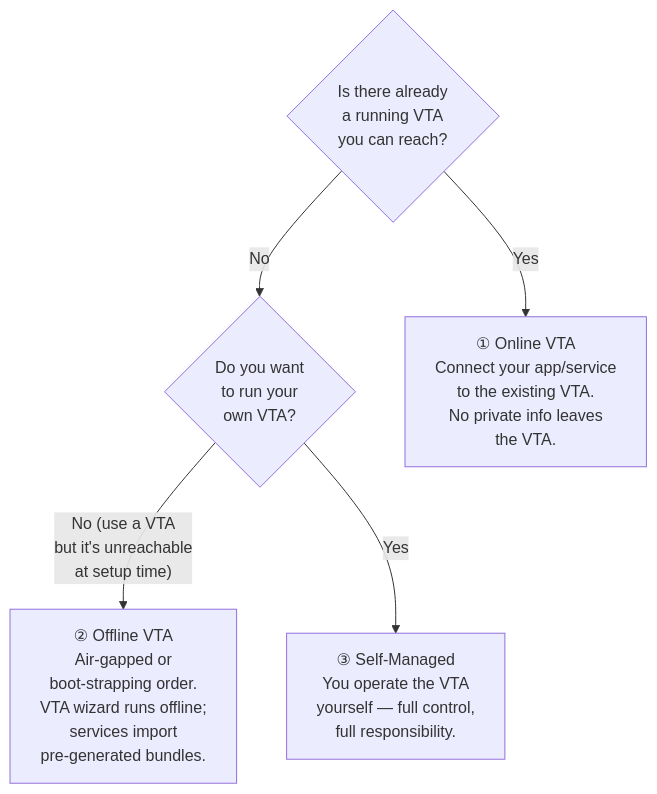
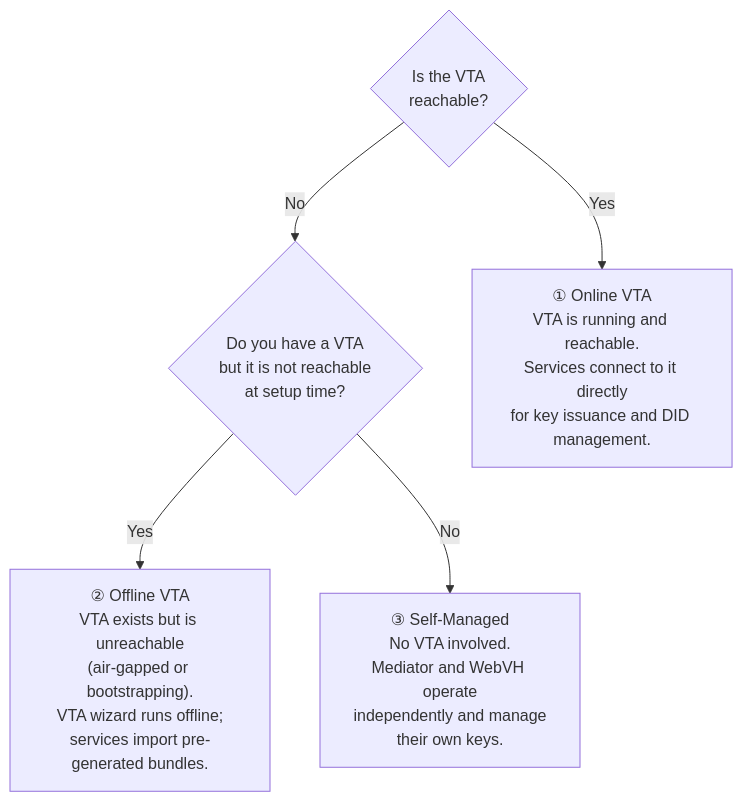
One commit to OpenVTC/vti-setup changed the third of 3 diagrams in README.md. Above: the diagram before and after it, drawn with Mermaid. The commit also changed other lines of this file, not shown here.

Commit message:
docs(README): correct Setup Type definitions and decision flowchart
Clarify that Online/Offline VTA differ by VTA reachability, and that
Self-Managed means Mediator and WebVH run independently without a VTA.

````diff
--- a/README.md
+++ b/README.md
@@ -75,13 +75,13 @@
 ```mermaid
 flowchart TD
-    Q1{"Is there already\na running VTA\nyou can reach?"}
-    Q2{"Do you want\nto run your\nown VTA?"}
-    ONLINE["① Online VTA\nConnect your app/service\nto the existing VTA.\nNo private info leaves\nthe VTA."]
-    OFFLINE["② Offline VTA\nAir-gapped or\nboot-strapping order.\nVTA wizard runs offline;\nservices import\npre-generated bundles."]
-    SELF["③ Self-Managed\nYou operate the VTA\nyourself — full control,\nfull responsibility."]
+    Q1{"Is the VTA\nreachable?"}
+    Q2{"Do you have a VTA\nbut it is not reachable\nat setup time?"}
+    ONLINE["① Online VTA\nVTA is running and reachable.\nServices connect to it directly\nfor key issuance and DID management."]
+    OFFLINE["② Offline VTA\nVTA exists but is unreachable\n(air-gapped or bootstrapping).\nVTA wizard runs offline;\nservices import pre-generated bundles."]
+    SELF["③ Self-Managed\nNo VTA involved.\nMediator and WebVH operate\nindependently and manage\ntheir own keys."]
 
     Q1 -->|Yes| ONLINE
     Q1 -->|No| Q2
-    Q2 -->|"No (use a VTA\nbut it's unreachable\nat setup time)"| OFFLINE
-    Q2 -->|Yes| SELF
+    Q2 -->|Yes| OFFLINE
+    Q2 -->|No| SELF
 ```
````
